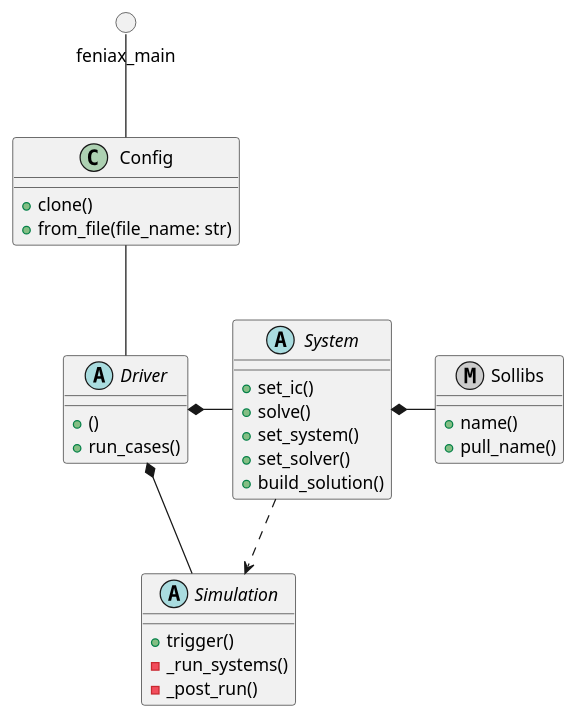
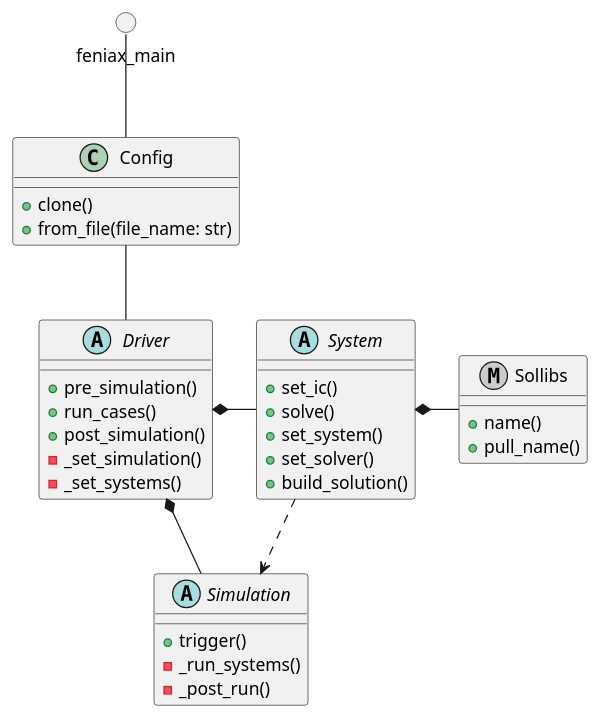
One commit to ACea15/FENIAX changed the second of 3 diagrams in docs/schemas/draft2.org. Above: the diagram before and after it, drawn with PlantUML. The commit also changed 10 other files, not shown here.

```diff
--- a/docs/schemas/draft2.org
+++ b/docs/schemas/draft2.org
@@ -358,37 +358,40 @@
 #+begin_src plantuml :file ../images/abstract_classes.png
   circle feniax_main
   class Config {
   	+clone()
   	+from_file(file_name: str)
   	}
   	
   abstract Driver {
-            +()
+            +pre_simulation()
             +run_cases()
+            +post_simulation()
+            -_set_simulation()
+            -_set_systems()		
     }
 
   abstract class Simulation {
           +trigger()
           -_run_systems()
           -_post_run()
   }
 
   abstract class System {
   		+set_ic()
   		+solve()
   		+set_system()
   		+set_solver()
   		+build_solution()		
   }
 
   metaclass Sollibs {
           +name()
           +pull_name()
   }
   feniax_main -- Config
   Config -- Driver	
   Driver  *-- Simulation
   Driver  *- System
   System  *- Sollibs
   System ..> Simulation
 #+end_src
```
